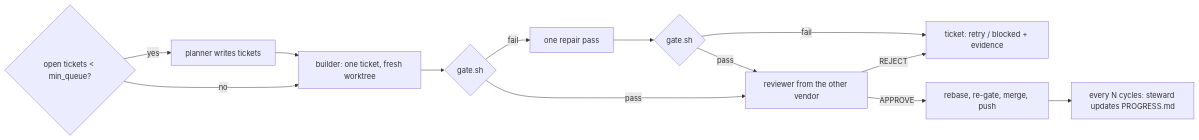
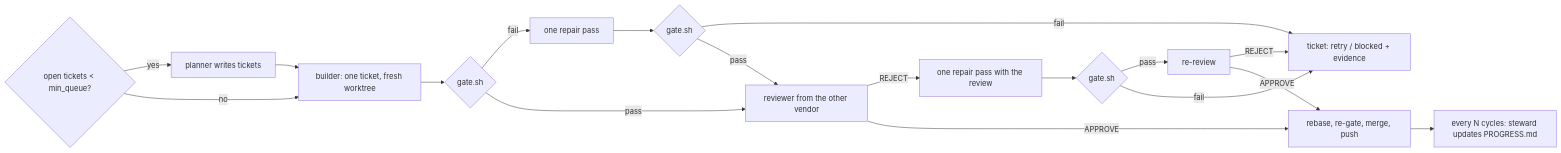
One commit to ptlnextdoor/Crewship changed the diagram in forge/README.md. Above: the diagram before and after it, drawn with Mermaid. The commit also changed other lines of this file and 1 other file, not shown here.

Commit message:
forge: one in-session repair round after a reviewer REJECT, then re-gate and re-review once

````diff
--- a/forge/README.md
+++ b/forge/README.md
@@ -7,14 +7,16 @@
 ```mermaid
 flowchart LR
   Q{open tickets < min_queue?} -->|yes| P[planner writes tickets]
   Q -->|no| B
   P --> B[builder: one ticket, fresh worktree]
   B --> G{gate.sh}
   G -->|fail| R[one repair pass] --> G2{gate.sh}
   G2 -->|fail| F[ticket: retry / blocked + evidence]
   G -->|pass| V[reviewer from the other vendor]
   G2 -->|pass| V
-  V -->|REJECT| F
+  V -->|REJECT| R2[one repair pass with the review] --> G3{gate.sh} -->|pass| V2[re-review] -->|REJECT| F
+  G3 -->|fail| F
+  V2 -->|APPROVE| L
   V -->|APPROVE| L[rebase, re-gate, merge, push]
   L --> S[every N cycles: steward updates PROGRESS.md]
 ```
````
